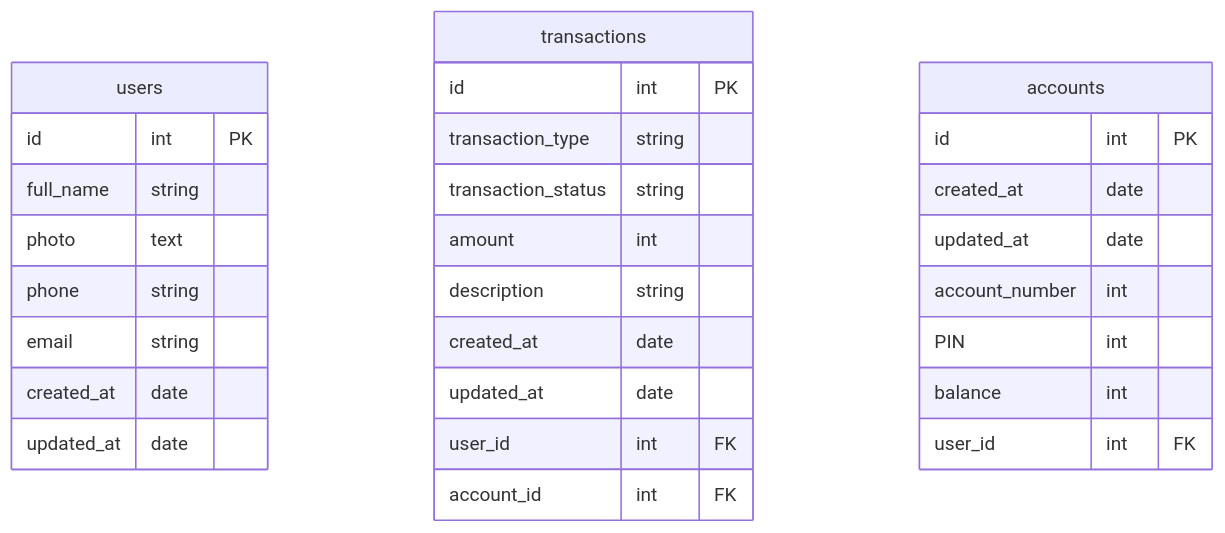
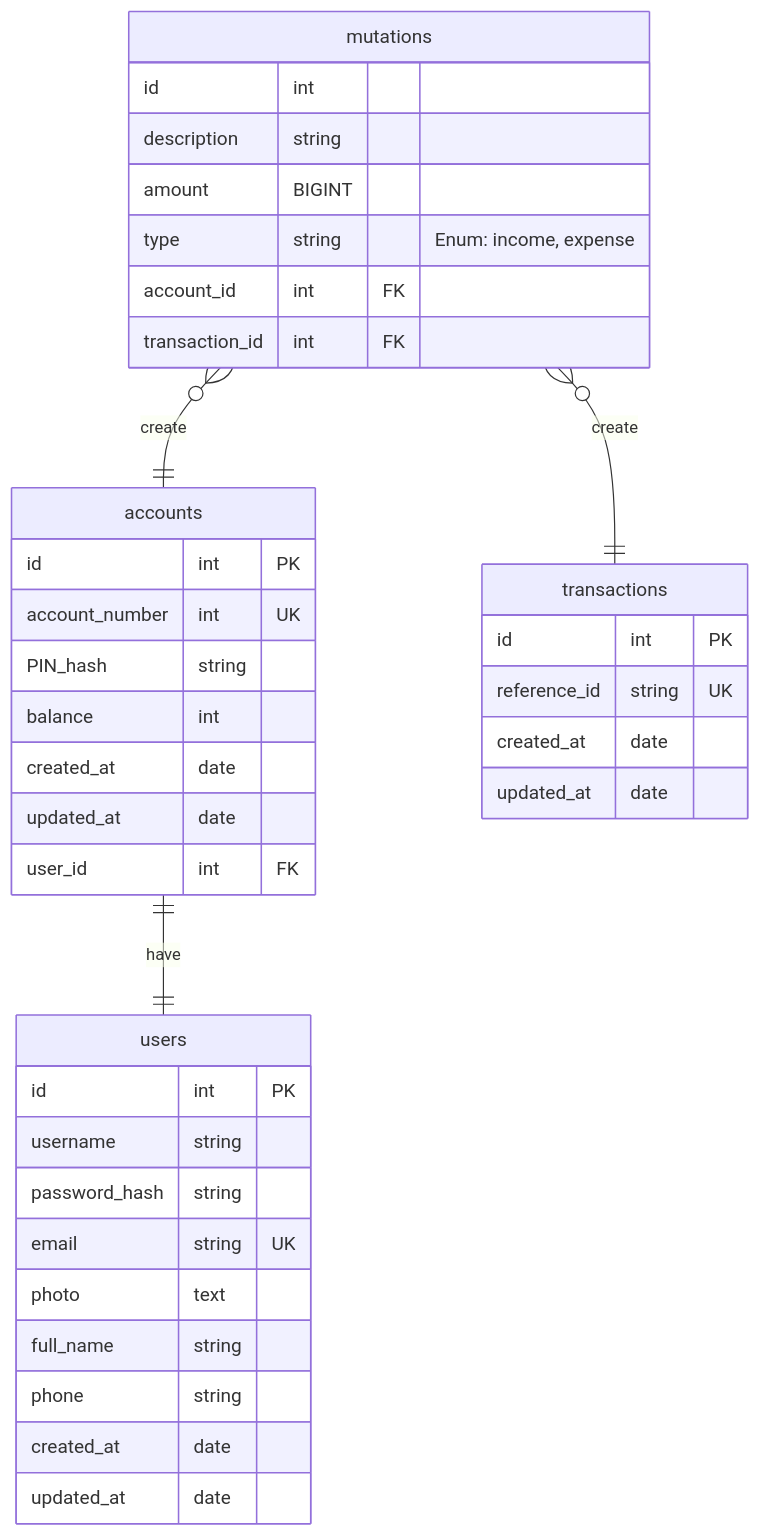
One commit to bando9/koda-b1-weekly3 changed the diagram in README.md. Above: the diagram before and after it, drawn with Mermaid. The commit also changed other lines of this file and 1 other file, not shown here.

Commit message:
feat: change erd and tables

````diff
--- a/README.md
+++ b/README.md
@@ -79,41 +3,57 @@
 ```mermaid
 
 
 erDiagram
 
+
 users{
     id int PK
+    username string
+    password_hash string
+    email string UK
+    photo text
+
     full_name string
-    photo text
     phone string
-    email string
     created_at date
     updated_at date
 }
 
-transactions{
+accounts{
     id int PK
-    transaction_type string
-    transaction_status string
-    amount int
-    description string
+    account_number int UK
+    PIN_hash string
+    balance int
+
     created_at date
     updated_at date
-
-    user_id int FK
-    account_id int FK
-}
-
-accounts{
-    id int PK
-    created_at date
-    updated_at date
-    account_number int
-    PIN int
-    balance int
 
     user_id int FK
 }
 
 
+
+transactions{
+    id int PK
+    reference_id string UK
+    created_at date
+    updated_at date
+}
+
+mutations{
+    id int
+    description string
+    amount BIGINT
+    type string "Enum: income, expense"
+
+    account_id int FK
+    transaction_id int FK
+}
+
+
+accounts ||--|| users: have
+mutations o{--|| transactions: create
+mutations o{--|| accounts: create
+
+
 ```
````
